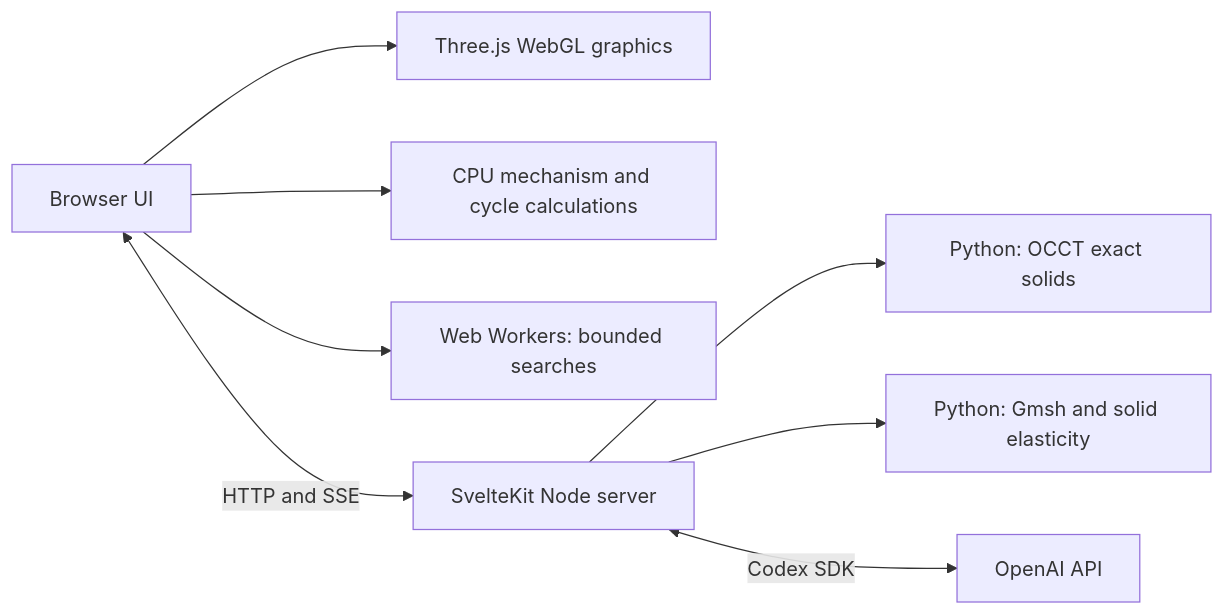
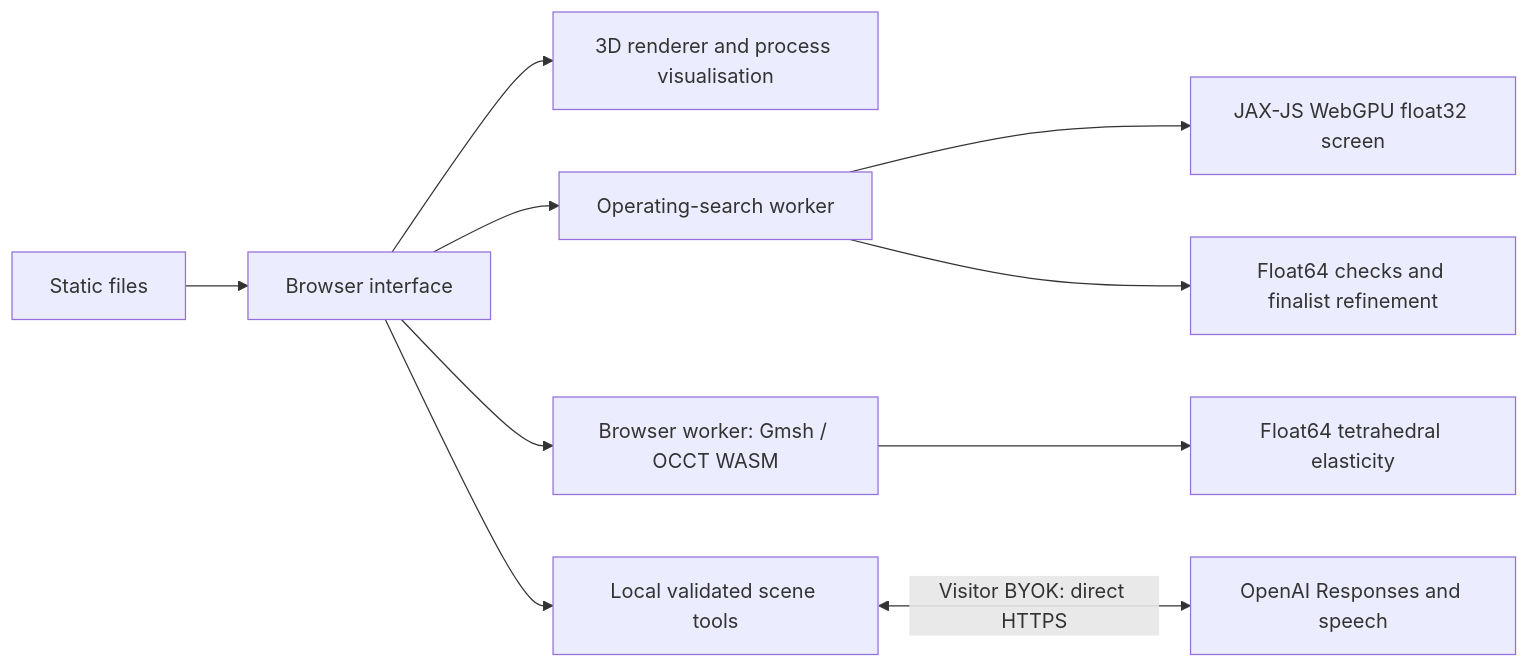
Before and after one commit to NeoVand/Diesel: the diagram in docs/COMPUTE_ARCHITECTURE.md, drawn with Mermaid. The commit also changed other lines of this file and 167 other files, not shown here.

Commit message:
Move engineering runtime and graphics into the browser with WebGPU

````diff
--- a/docs/COMPUTE_ARCHITECTURE.md
+++ b/docs/COMPUTE_ARCHITECTURE.md
@@ -7,10 +7,12 @@
 ```mermaid
 flowchart LR
-  UI[Browser UI] --> GL[Three.js WebGL graphics]
-  UI --> CPU[CPU mechanism and cycle calculations]
-  UI --> WW[Web Workers: bounded searches]
-  UI <-->|HTTP and SSE| NODE[SvelteKit Node server]
-  NODE --> CAD[Python: OCCT exact solids]
-  NODE --> FEA[Python: Gmsh and solid elasticity]
-  NODE <-->|Codex SDK| AI[OpenAI API]
+  HOST[Static files] --> UI[Browser interface]
+  UI --> VIEW[3D renderer and process visualisation]
+  UI --> SEARCH[Operating-search worker]
+  SEARCH --> GPU[JAX-JS WebGPU float32 screen]
+  SEARCH --> REF[Float64 checks and finalist refinement]
+  UI --> CAD[Browser worker: Gmsh / OCCT WASM]
+  CAD --> FEA[Float64 tetrahedral elasticity]
+  UI --> TOOLS[Local validated scene tools]
+  TOOLS <-->|Visitor BYOK: direct HTTPS| AI[OpenAI Responses and speech]
 ```
````
